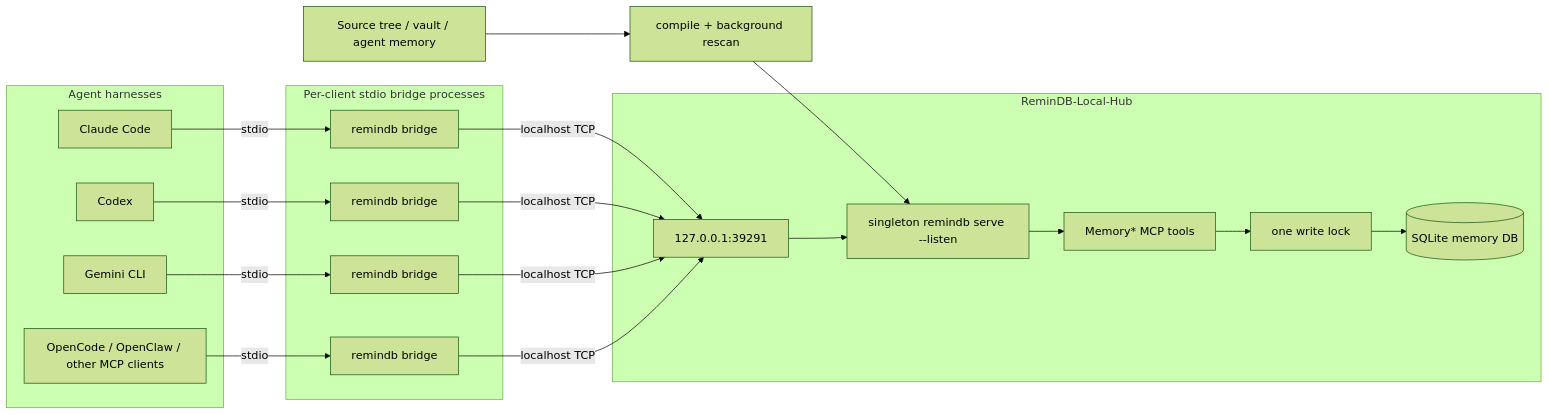
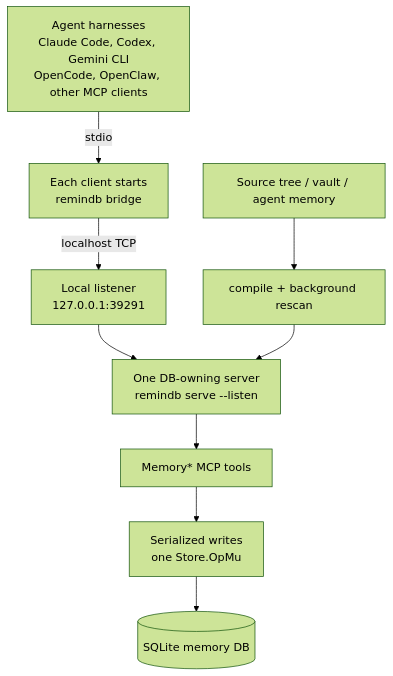
Before and after one commit to special-place-administrator/remindb-Local-Hub: the first of 2 diagrams in README.md, drawn with Mermaid (forest theme). The commit also changed other lines of this file, not shown here.

Commit message:
docs: make diagrams vertical

````diff
--- a/README.md
+++ b/README.md
@@ -24,42 +24,22 @@
 ```mermaid
-flowchart LR
-    subgraph Agents["Agent harnesses"]
-        Claude["Claude Code"]
-        Codex["Codex"]
-        Gemini["Gemini CLI"]
-        Other["OpenCode / OpenClaw / other MCP clients"]
-    end
+flowchart TD
+    Clients["Agent harnesses<br/>Claude Code, Codex, Gemini CLI<br/>OpenCode, OpenClaw, other MCP clients"]
+    Bridge["Each client starts<br/>remindb bridge"]
+    Listener["Local listener<br/>127.0.0.1:39291"]
+    Server["One DB-owning server<br/>remindb serve --listen"]
+    Tools["Memory* MCP tools"]
+    Lock["Serialized writes<br/>one Store.OpMu"]
+    DB[("SQLite memory DB")]
+    Source["Source tree / vault / agent memory"]
+    Rescan["compile + background rescan"]
 
-    subgraph Bridges["Per-client stdio bridge processes"]
-        B1["remindb bridge"]
-        B2["remindb bridge"]
-        B3["remindb bridge"]
-        B4["remindb bridge"]
-    end
-
-    subgraph Hub["ReminDB-Local-Hub"]
-        Listener["127.0.0.1:39291"]
-        Server["singleton remindb serve --listen"]
-        Tools["Memory* MCP tools"]
-        Lock["one write lock"]
-        DB[("SQLite memory DB")]
-    end
-
-    Source["Source tree / vault / agent memory"] --> Compiler["compile + background rescan"]
-    Compiler --> Server
-
-    Claude -->|stdio| B1
-    Codex -->|stdio| B2
-    Gemini -->|stdio| B3
-    Other -->|stdio| B4
-
-    B1 -->|localhost TCP| Listener
-    B2 -->|localhost TCP| Listener
-    B3 -->|localhost TCP| Listener
-    B4 -->|localhost TCP| Listener
-
+    Clients -->|stdio| Bridge
+    Bridge -->|localhost TCP| Listener
     Listener --> Server
     Server --> Tools
     Tools --> Lock
     Lock --> DB
+
+    Source --> Rescan
+    Rescan --> Server
 ```
````
